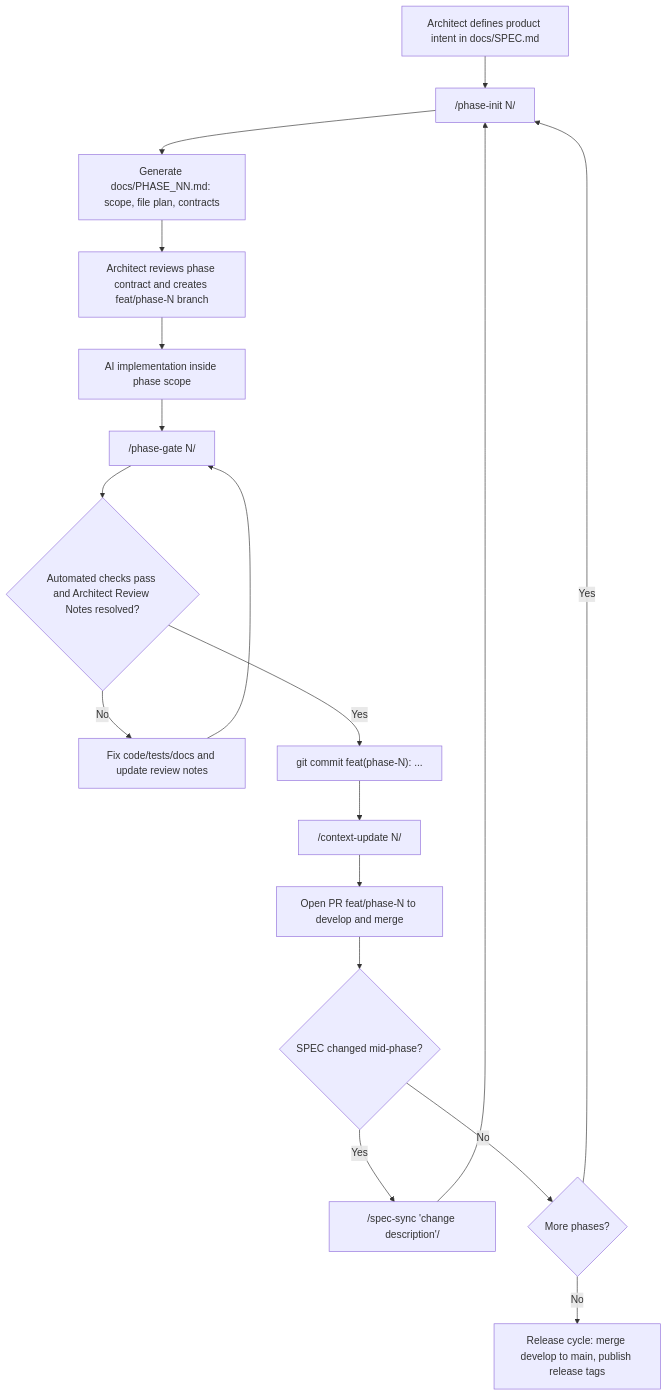
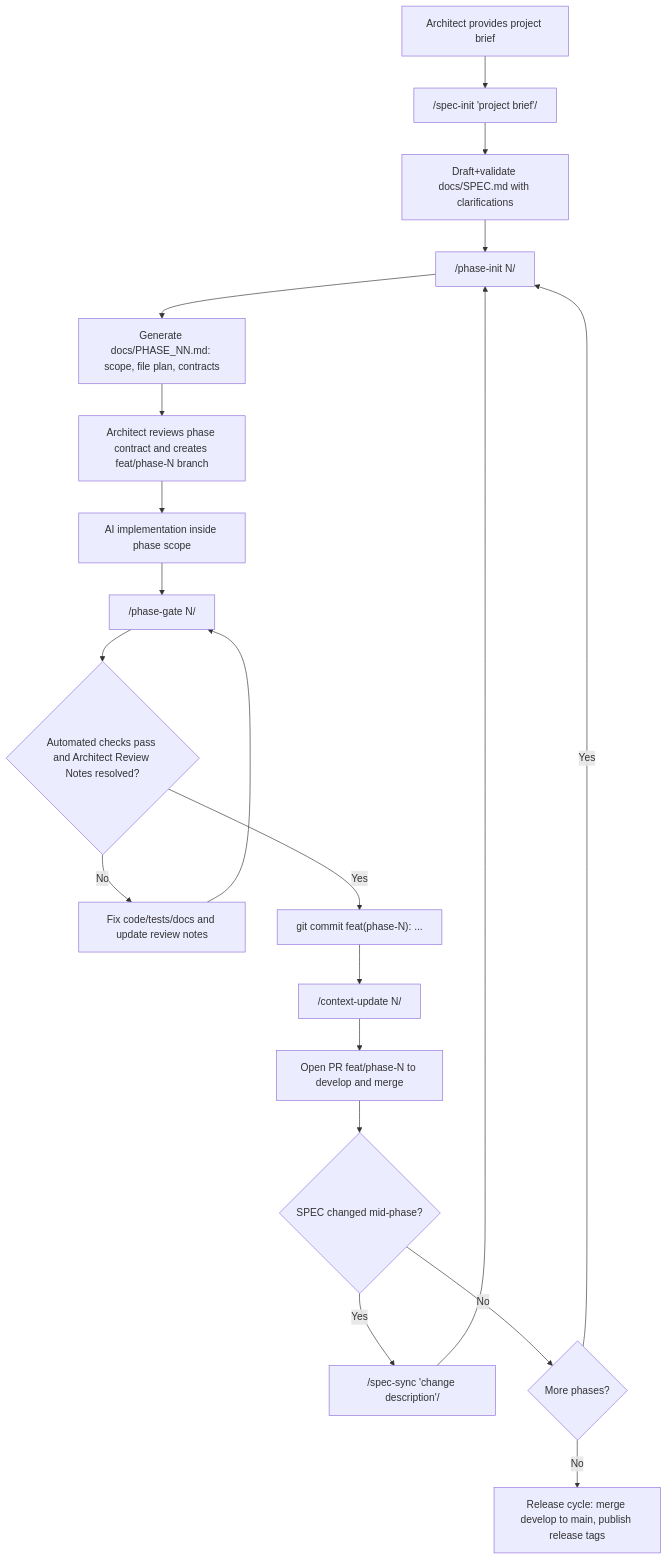
The diagram in README.md (avatarsik6699/sdd-template), drawn with Mermaid before and after one commit. The commit also changed other lines of this file and 19 other files, not shown here.

Commit message:
docs: add spec-init workflow and update related documentation for clarity and consistency

````diff
--- a/README.md
+++ b/README.md
@@ -50,20 +50,22 @@
 ```mermaid
 flowchart TD
-    A["Architect defines product intent in docs/SPEC.md"] --> B["/phase-init N/"]
-    B --> C["Generate docs/PHASE_NN.md: scope, file plan, contracts"]
-    C --> D["Architect reviews phase contract and creates feat/phase-N branch"]
-    D --> E["AI implementation inside phase scope"]
-    E --> F["/phase-gate N/"]
-    F --> G{"Automated checks pass and Architect Review Notes resolved?"}
-    G -- No --> H["Fix code/tests/docs and update review notes"]
-    H --> F
-    G -- Yes --> I["git commit feat(phase-N): ..."]
-    I --> J["/context-update N/"]
-    J --> K["Open PR feat/phase-N to develop and merge"]
-    K --> L{"SPEC changed mid-phase?"}
-    L -- Yes --> M["/spec-sync 'change description'/"]
-    M --> B
-    L -- No --> N{"More phases?"}
-    N -- Yes --> B
-    N -- No --> O["Release cycle: merge develop to main, publish release tags"]
+    A["Architect provides project brief"] --> B["/spec-init 'project brief'/"]
+    B --> C["Draft+validate docs/SPEC.md with clarifications"]
+    C --> D["/phase-init N/"]
+    D --> E["Generate docs/PHASE_NN.md: scope, file plan, contracts"]
+    E --> F["Architect reviews phase contract and creates feat/phase-N branch"]
+    F --> G["AI implementation inside phase scope"]
+    G --> H["/phase-gate N/"]
+    H --> I{"Automated checks pass and Architect Review Notes resolved?"}
+    I -- No --> J["Fix code/tests/docs and update review notes"]
+    J --> H
+    I -- Yes --> K["git commit feat(phase-N): ..."]
+    K --> L["/context-update N/"]
+    L --> M["Open PR feat/phase-N to develop and merge"]
+    M --> N{"SPEC changed mid-phase?"}
+    N -- Yes --> O["/spec-sync 'change description'/"]
+    O --> D
+    N -- No --> P{"More phases?"}
+    P -- Yes --> D
+    P -- No --> Q["Release cycle: merge develop to main, publish release tags"]
 ```
````
